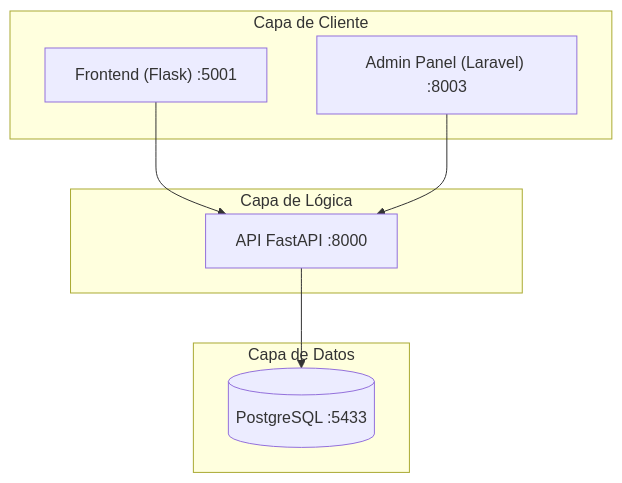
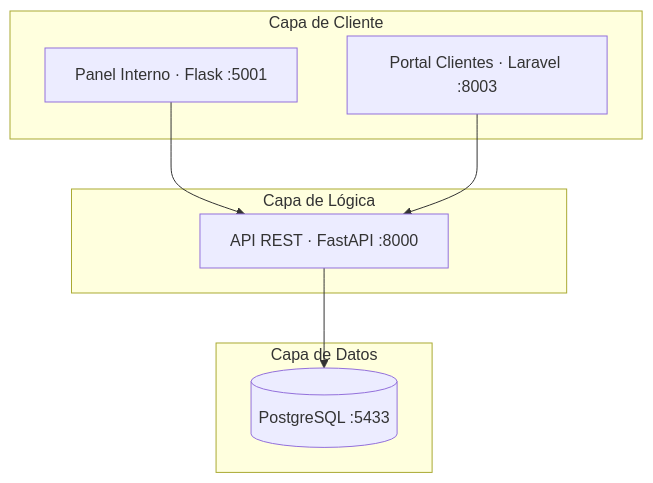
Before and after one commit to DnielCC/Macuin: the diagram in README.md, drawn with Mermaid. The commit also changed other lines of this file and 13 other files, not shown here.

````diff
--- a/README.md
+++ b/README.md
@@ -5,19 +31,19 @@
 ```mermaid
 graph TD
-    subgraph Client_Layer [Capa de Cliente]
-        Flask["Frontend (Flask) :5001"]
-        Laravel["Admin Panel (Laravel) :8003"]
+    subgraph Client_Layer ["Capa de Cliente"]
+        Flask["Panel Interno · Flask :5001"]
+        Laravel["Portal Clientes · Laravel :8003"]
     end
 
-    subgraph Logic_Layer [Capa de Lógica]
-        API["API FastAPI :8000"]
+    subgraph Logic_Layer ["Capa de Lógica"]
+        API["API REST · FastAPI :8000"]
     end
 
-    subgraph Data_Layer [Capa de Datos]
+    subgraph Data_Layer ["Capa de Datos"]
         DB[("PostgreSQL :5433")]
     end
 
     Flask --> API
     Laravel --> API
     API --> DB
 ```
````
